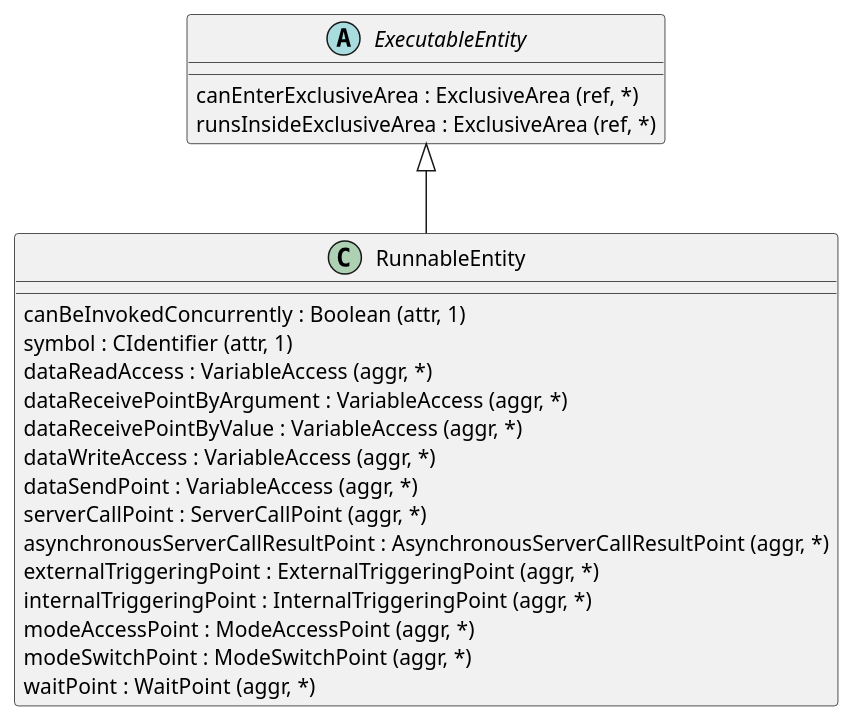
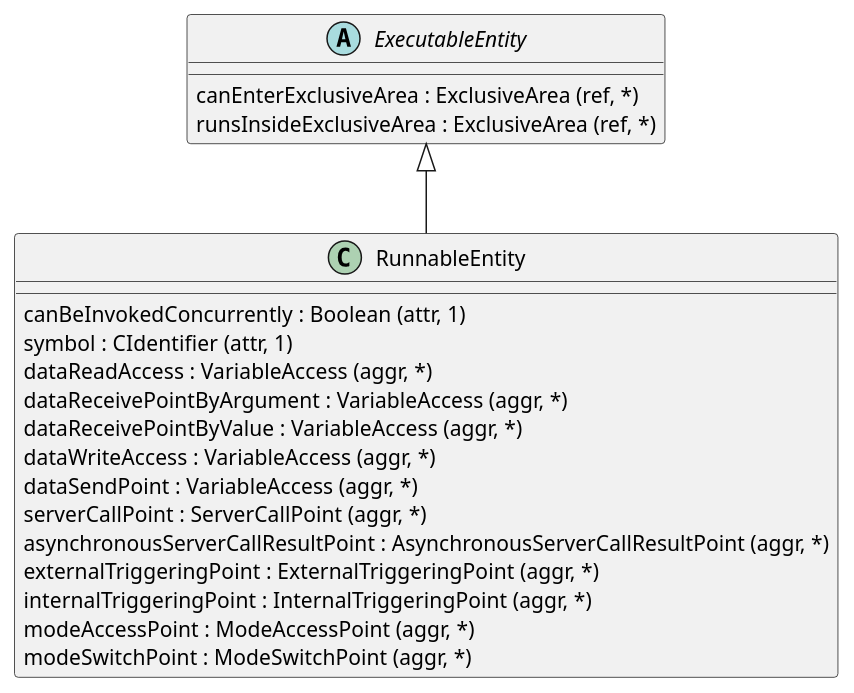
One commit to hazemanwer2000/knowledge-base changed diagram 16 of 18 in vault-base/Topics/Technical-Topics/OS/AUTOSAR/General/AUTOSAR-SW-Components.md. Above: the diagram before and after it, drawn with PlantUML. The commit also changed other lines of this file, not shown here.

````diff
--- a/vault-base/Topics/Technical-Topics/OS/AUTOSAR/General/AUTOSAR-SW-Components.md
+++ b/vault-base/Topics/Technical-Topics/OS/AUTOSAR/General/AUTOSAR-SW-Components.md
@@ -301,23 +302,22 @@
 ```plantuml
 abstract ExecutableEntity {
 	canEnterExclusiveArea : ExclusiveArea (ref, *)
 	runsInsideExclusiveArea : ExclusiveArea (ref, *)
 }
 class RunnableEntity {
 	canBeInvokedConcurrently : Boolean (attr, 1)
 	symbol : CIdentifier (attr, 1)
 	dataReadAccess : VariableAccess (aggr, *)
 	dataReceivePointByArgument : VariableAccess (aggr, *)
 	dataReceivePointByValue : VariableAccess (aggr, *)
 	dataWriteAccess : VariableAccess (aggr, *)
 	dataSendPoint : VariableAccess (aggr, *)
 	serverCallPoint : ServerCallPoint (aggr, *)
 	asynchronousServerCallResultPoint : AsynchronousServerCallResultPoint (aggr, *)
 	externalTriggeringPoint : ExternalTriggeringPoint (aggr, *)
 	internalTriggeringPoint : InternalTriggeringPoint (aggr, *)
 	modeAccessPoint : ModeAccessPoint (aggr, *)
 	modeSwitchPoint : ModeSwitchPoint (aggr, *)
-	waitPoint : WaitPoint (aggr, *)
 }
 ExecutableEntity <|-- RunnableEntity
 ```
````
